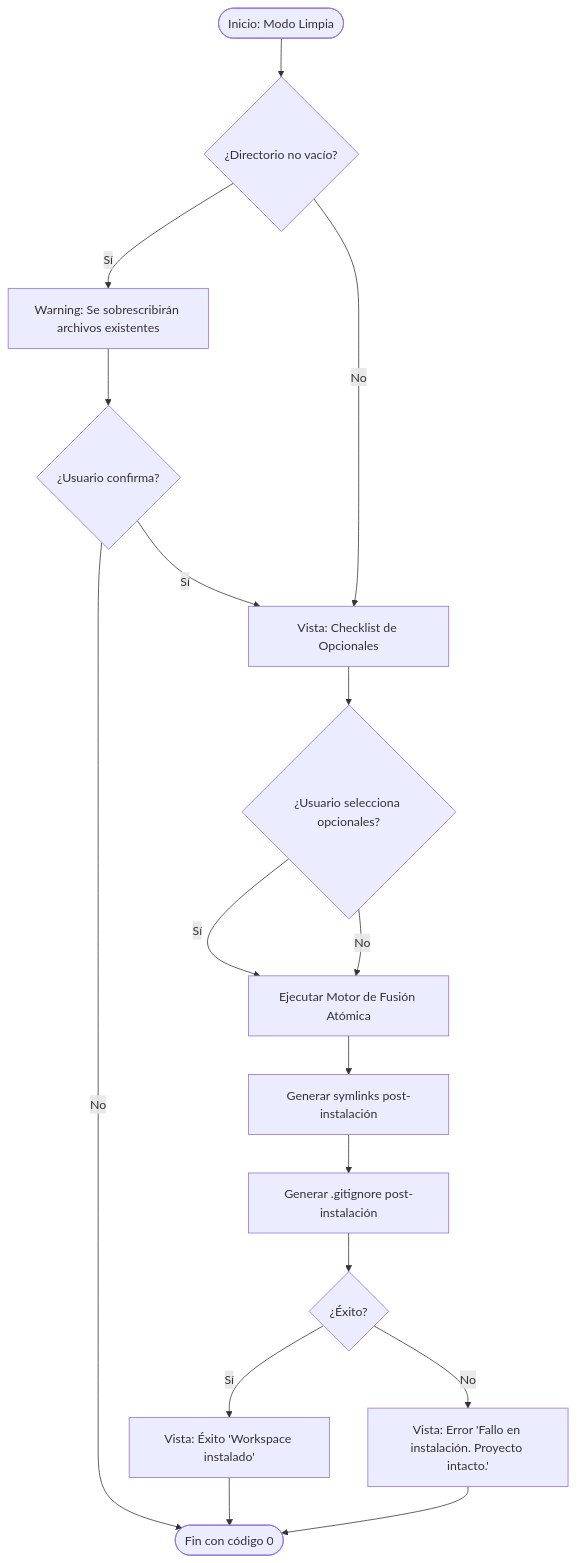
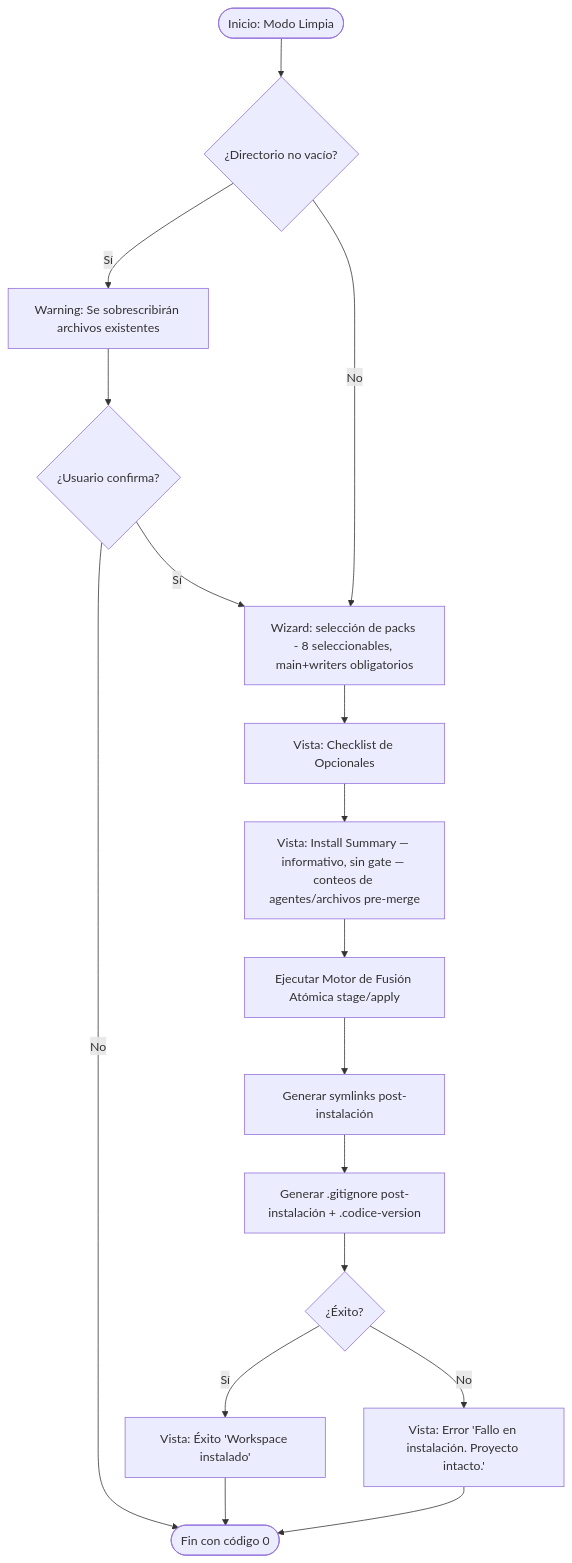
The third of 9 diagrams in docs/APPFLOW.md (Fisherk2/codice-opencode), drawn with Mermaid before and after one commit. The commit also changed other lines of this file and 88 other files, not shown here.

````diff
--- a/docs/APPFLOW.md
+++ b/docs/APPFLOW.md
@@ -57,19 +62,19 @@
 ```mermaid
 graph TD
     A([Inicio: Modo Limpia]) --> B{¿Directorio no vacío?}
     B -- Sí --> C[Warning: Se sobrescribirán archivos existentes]
     C --> D{¿Usuario confirma?}
     D -- No --> Z([Fin con código 0])
-    D -- Sí --> E[Vista: Checklist de Opcionales]
-    B -- No --> E
-    E --> F{¿Usuario selecciona opcionales?}
-    F -- Sí --> G[Ejecutar Motor de Fusión Atómica]
-    F -- No --> G
+    D -- Sí --> W[Wizard: selección de packs - 8 seleccionables, main+writers obligatorios]
+    B -- No --> W
+    W --> E[Vista: Checklist de Opcionales]
+    E --> S[Vista: Install Summary — informativo, sin gate — conteos de agentes/archivos pre-merge]
+    S --> G[Ejecutar Motor de Fusión Atómica stage/apply]
     G --> H[Generar symlinks post-instalación]
-    H --> I[Generar .gitignore post-instalación]
+    H --> I[Generar .gitignore post-instalación + .codice-version]
     I --> J{¿Éxito?}
     J -- Sí --> K[Vista: Éxito 'Workspace instalado']
     J -- No --> L[Vista: Error 'Fallo en instalación. Proyecto intacto.']
     K --> Z
     L --> Z
 ```
````
